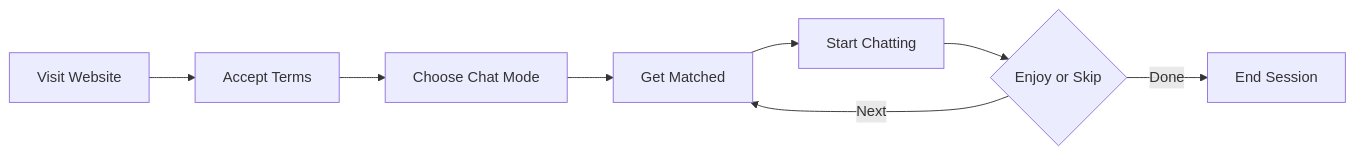
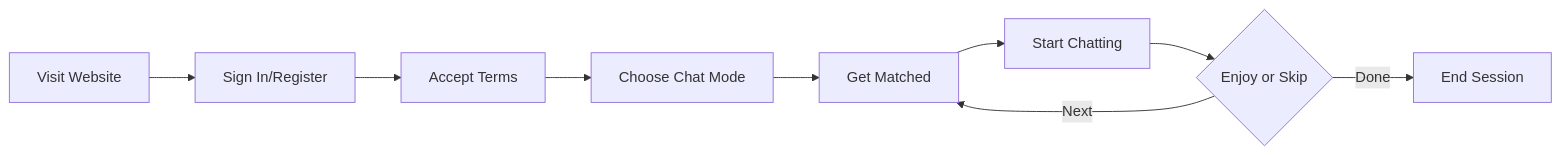
One commit to Saurabhji123/omegoo changed the diagram in README.md. Above: the diagram before and after it, drawn with Mermaid. The commit also changed other lines of this file and 1 other file, not shown here.

Commit message:
fix: Update VideoChat text messages to purple theme & correct README.md authentication info

````diff
--- a/README.md
+++ b/README.md
@@ -65,10 +65,11 @@
 ```mermaid
 graph LR
-    A[Visit Website] --> B[Accept Terms]
-    B --> C[Choose Chat Mode]
-    C --> D[Get Matched]
-    D --> E[Start Chatting]
-    E --> F{Enjoy or Skip}
-    F -->|Next| D
-    F -->|Done| G[End Session]
+    A[Visit Website] --> B[Sign In/Register]
+    B --> C[Accept Terms]
+    C --> D[Choose Chat Mode]
+    D --> E[Get Matched]
+    E --> F[Start Chatting]
+    F --> G{Enjoy or Skip}
+    G -->|Next| E
+    G -->|Done| H[End Session]
 ```
````
